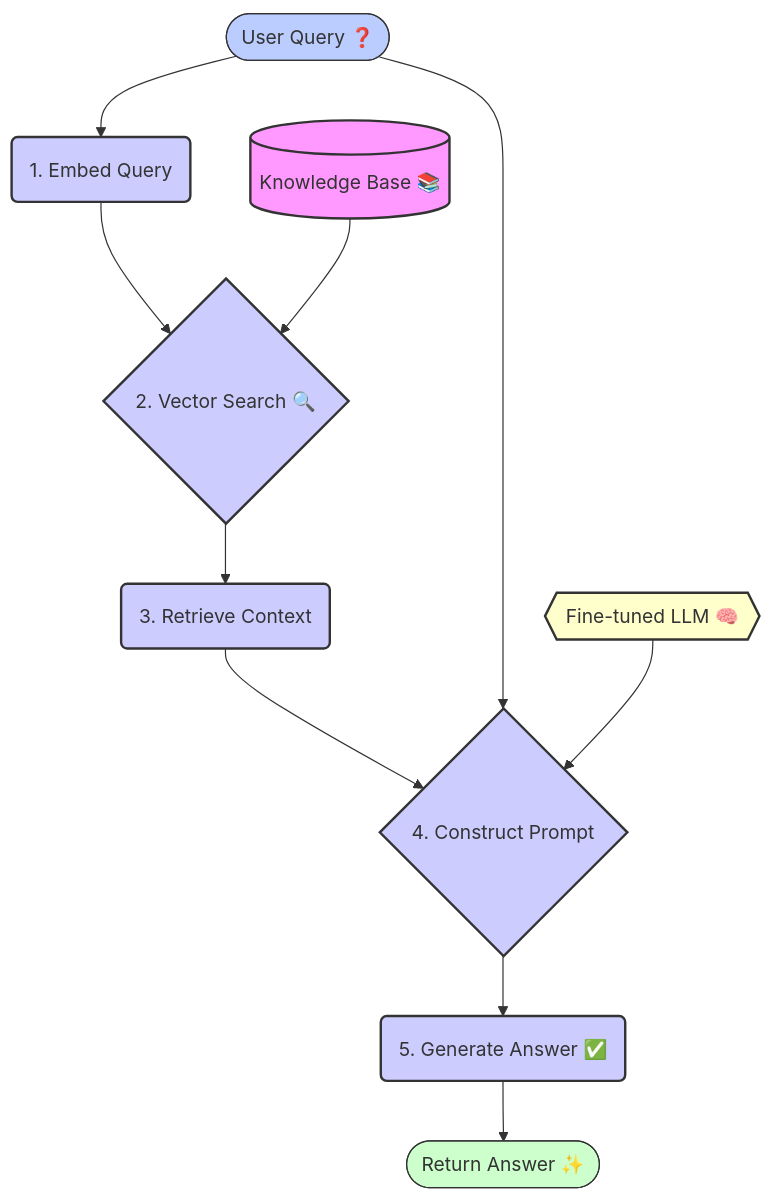
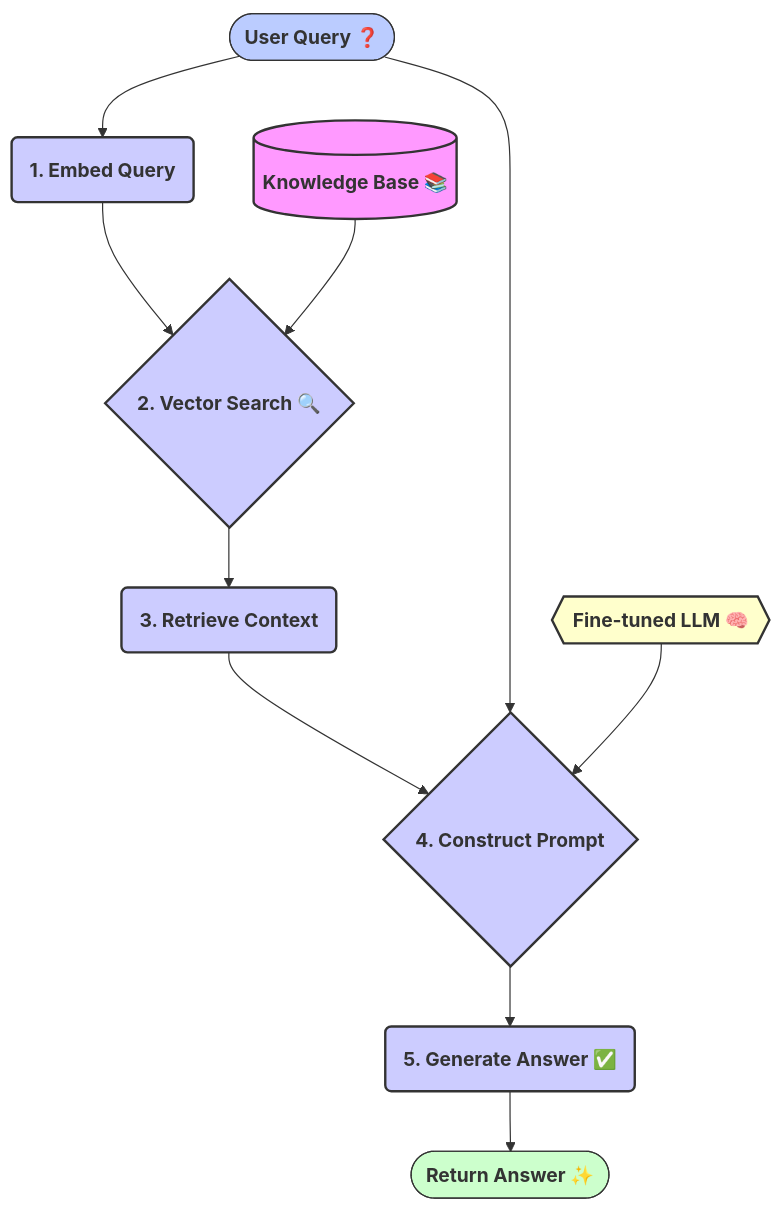
One commit to MakotoUwu/healthcare-rag changed the diagram in README.md. Above: the diagram before and after it, drawn with Mermaid.

Commit message:
Style: Make Mermaid diagram font bold

````diff
--- a/README.md
+++ b/README.md
@@ -18,28 +18,28 @@
 ```mermaid
 graph TD
-    classDef data fill:#f9f,stroke:#333,stroke-width:2px;
-    classDef process fill:#ccf,stroke:#333,stroke-width:2px;
-    classDef model fill:#ffc,stroke:#333,stroke-width:2px;
-    classDef input fill:#bcf,stroke:#333,stroke-width:1px;
-    classDef output fill:#cfc,stroke:#333,stroke-width:1px;
+    classDef data fill:#f9f,stroke:#333,stroke-width:2px,font-weight:bold;
+    classDef process fill:#ccf,stroke:#333,stroke-width:2px,font-weight:bold;
+    classDef model fill:#ffc,stroke:#333,stroke-width:2px,font-weight:bold;
+    classDef input fill:#bcf,stroke:#333,stroke-width:1px,font-weight:bold;
+    classDef output fill:#cfc,stroke:#333,stroke-width:1px,font-weight:bold;
 
     A([User Query ❓]):::input
     B(1. Embed Query):::process
     C{2. Vector Search 🔍}:::process
     D[(Knowledge Base 📚)]:::data
     E(3. Retrieve Context):::process
     F{4. Construct Prompt}:::process
     G{{Fine-tuned LLM 🧠}}:::model
     H(5. Generate Answer ✅):::process
     I([Return Answer ✨]):::output
 
     A --> B;
     B --> C;
     D --> C;
     C --> E;
     E --> F;
     A --> F;
     G --> F;
     F --> H;
     H --> I;
 ```
````
